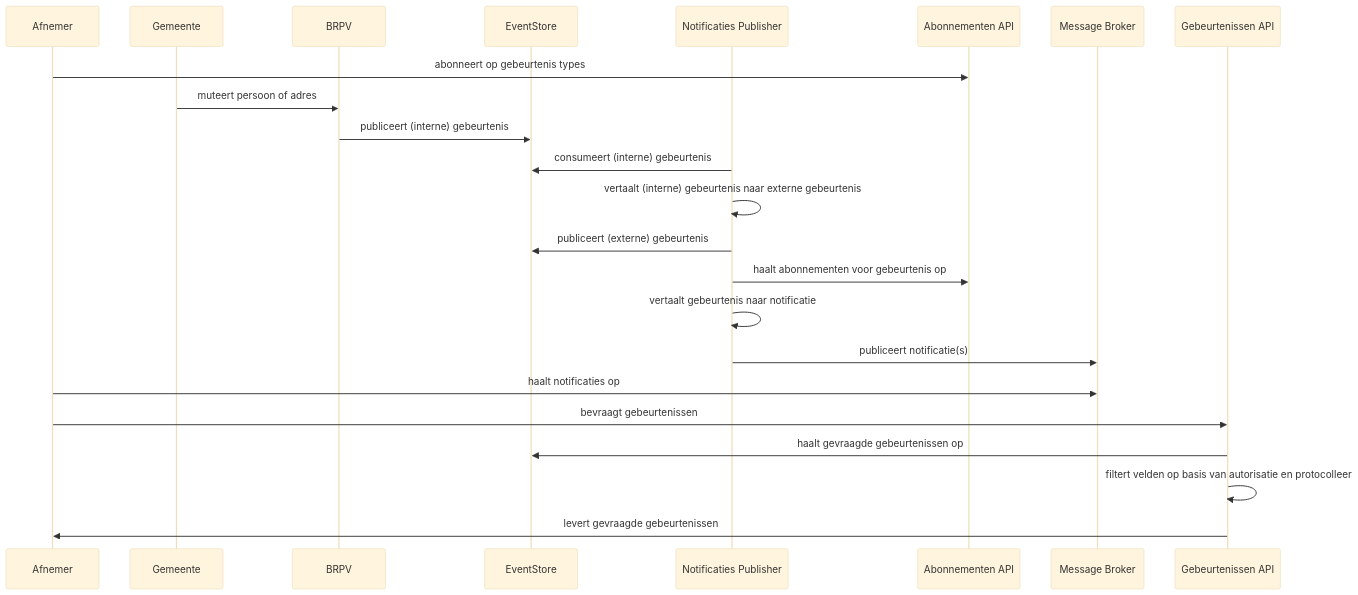
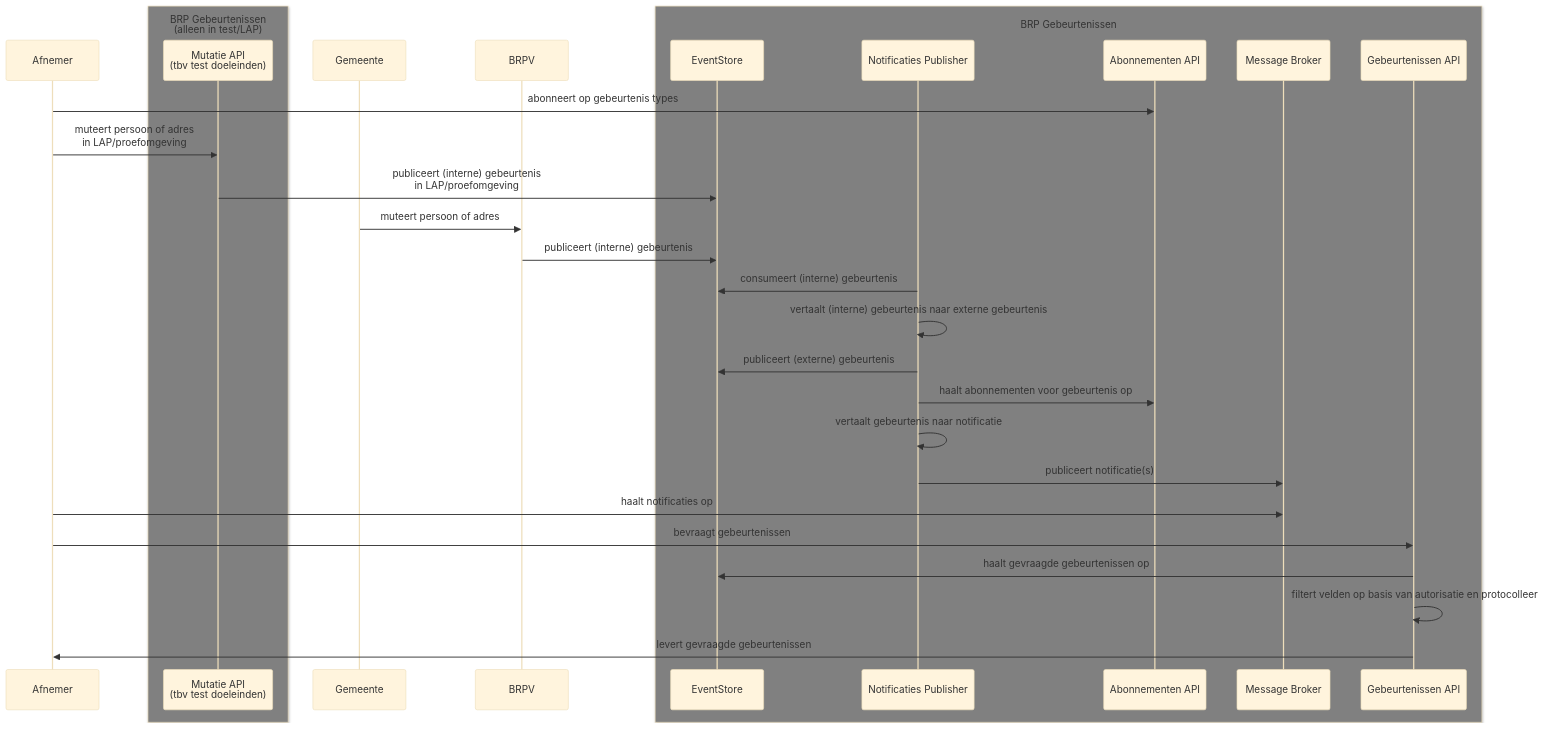
Before and after one commit to BRP-API/brp-api-gebeurtenissen: the diagram in architectuur/sequence-diagram.md, drawn with Mermaid (base theme). The commit also changed 1 other file, not shown here.

Commit message:
chore: sync container- en sequence diagram

````diff
--- a/architectuur/sequence-diagram.md
+++ b/architectuur/sequence-diagram.md
@@ -1,26 +1,33 @@
 ```mermaid
 sequenceDiagram
     participant Afnemer
+    box Grey BRP Gebeurtenissen<br/>(alleen in test/LAP)
+    participant MA as Mutatie API<br/>(tbv test doeleinden)
+    end
     participant Gemeente
     participant BRPV
+    box Grey BRP Gebeurtenissen
     participant ES as EventStore
     participant NP as Notificaties Publisher
     participant SubApi as Abonnementen API
     participant MB as Message Broker
     participant EvtApi as Gebeurtenissen API
+    end
 
     Afnemer->>SubApi: abonneert op gebeurtenis types
+    Afnemer->>MA: muteert persoon of adres<br/>in LAP/proefomgeving
+    MA->>ES: publiceert (interne) gebeurtenis<br/>in LAP/proefomgeving
     Gemeente->>BRPV: muteert persoon of adres
     BRPV->>ES: publiceert (interne) gebeurtenis
     NP->>ES: consumeert (interne) gebeurtenis
     NP->>NP: vertaalt (interne) gebeurtenis naar externe gebeurtenis
     NP->>ES: publiceert (externe) gebeurtenis
     NP->>SubApi: haalt abonnementen voor gebeurtenis op
     NP->>NP: vertaalt gebeurtenis naar notificatie
     NP->>MB: publiceert notificatie(s)
     Afnemer->>MB: haalt notificaties op
     Afnemer->>EvtApi: bevraagt gebeurtenissen
     EvtApi->>ES: haalt gevraagde gebeurtenissen op
     EvtApi->>EvtApi: filtert velden op basis van autorisatie en protocolleer
     EvtApi->>Afnemer: levert gevraagde gebeurtenissen
 ```
````
